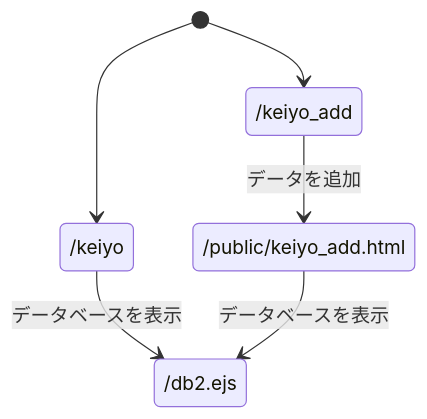
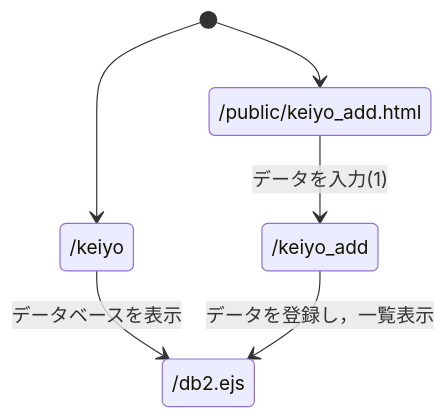
One commit to Sanbaizux333/webpro_06 changed the second of 4 diagrams in wpro06.md. Above: the diagram before and after it, drawn with Mermaid. The commit also changed other lines of this file and 4 other files, not shown here.

Commit message:
現在のシステムについて遷移図を整理し，station2のデータ追加機能を実装した

````diff
--- a/wpro06.md
+++ b/wpro06.md
@@ -31,8 +31,8 @@
 ```mermaid
 stateDiagram-v2
 [*] --> /keiyo
-[*] --> /keiyo_add
+[*] --> /public/keiyo_add.html
 /keiyo --> /db2.ejs:データベースを表示
-/keiyo_add --> /public/keiyo_add.html:データを追加
-/public/keiyo_add.html --> /db2.ejs:データベースを表示
+/public/keiyo_add.html --> /keiyo_add:データを入力(1)
+/keiyo_add --> /db2.ejs:データを登録し，一覧表示
 ```
````
